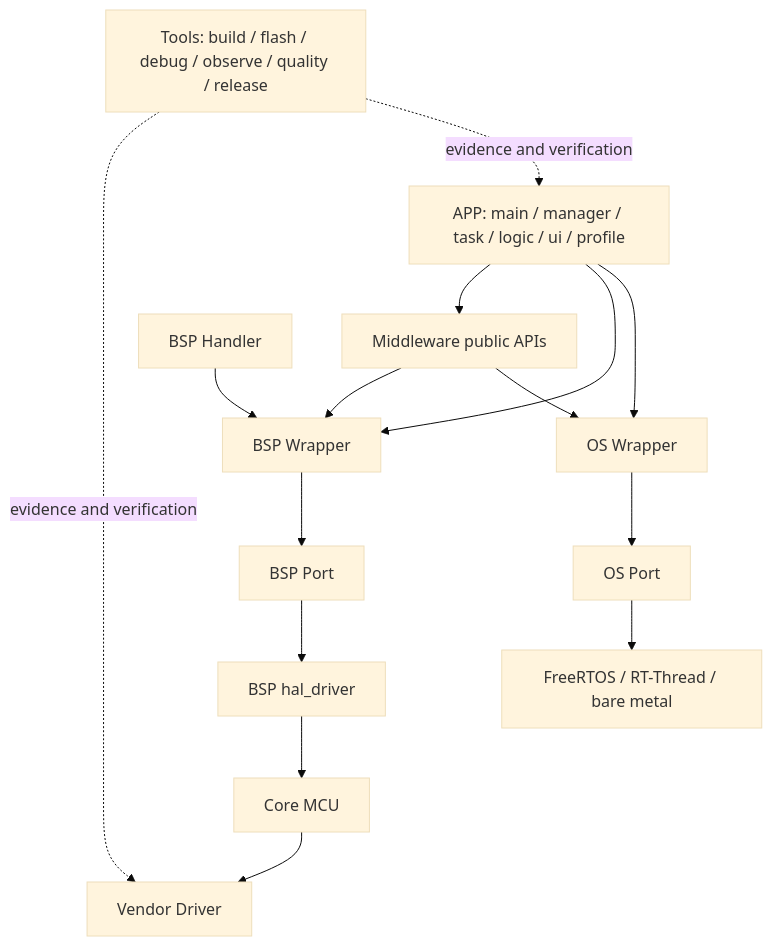
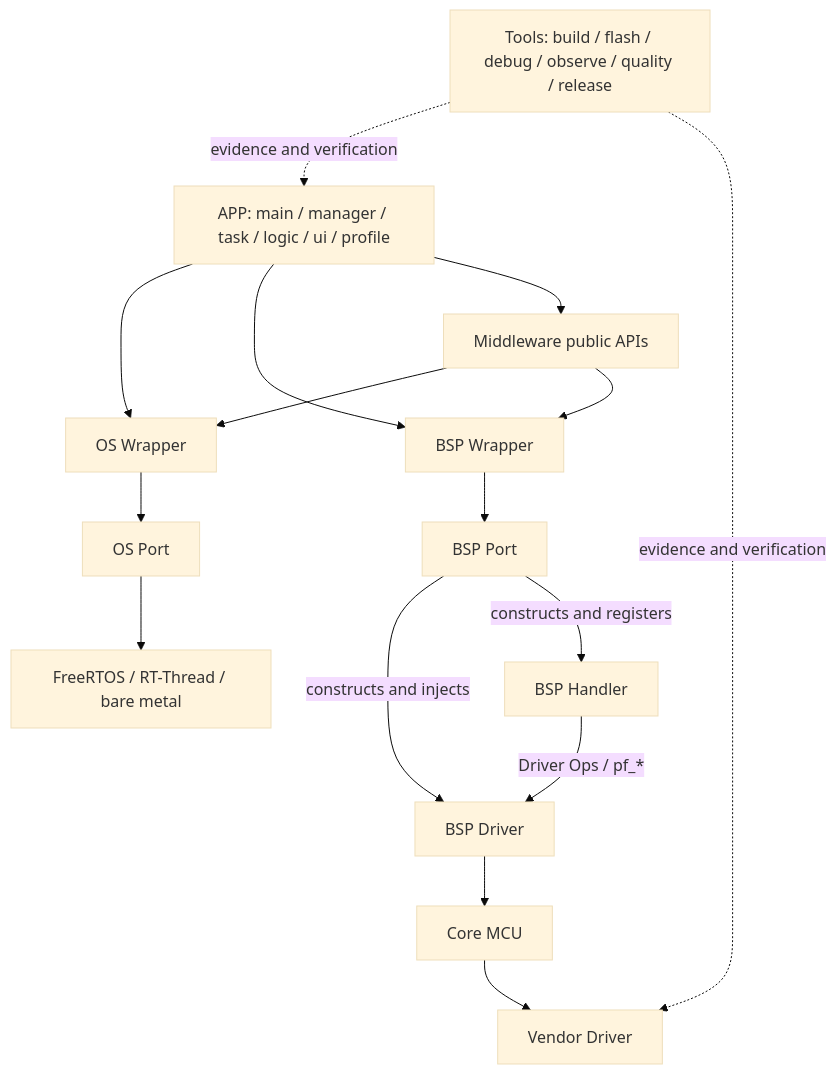
The diagram in skills/workflow/workflow-project-integration/references/software-architecture-knowledge-graph.md (shuai-yemao/mcu-workbench), drawn with Mermaid (base theme) before and after one commit. The commit also changed other lines of this file and 14 other files, not shown here.

````diff
--- a/skills/workflow/workflow-project-integration/references/software-architecture-knowledge-graph.md
+++ b/skills/workflow/workflow-project-integration/references/software-architecture-knowledge-graph.md
@@ -7,29 +7,30 @@
 ```mermaid
 flowchart TD
     APP[APP: main / manager / task / logic / ui / profile]
     OW[OS Wrapper]
     BW[BSP Wrapper]
     MID[Middleware public APIs]
     OP[OS Port]
     BH[BSP Handler]
     BP[BSP Port]
-    HAL[BSP hal_driver]
+    BD[BSP Driver]
     CORE[Core MCU]
     DRIVER[Vendor Driver]
     TOOLS[Tools: build / flash / debug / observe / quality / release]
 
     APP --> OW
     APP --> BW
     APP --> MID
     MID --> OW
     MID --> BW
     OW --> OP
     OP --> RTOS[FreeRTOS / RT-Thread / bare metal]
-    BH --> BW
     BW --> BP
-    BP --> HAL
-    HAL --> CORE
+    BP -->|constructs and injects| BD
+    BP -->|constructs and registers| BH
+    BH -->|Driver Ops / pf_*| BD
+    BD --> CORE
     CORE --> DRIVER
     TOOLS -. evidence and verification .-> APP
     TOOLS -. evidence and verification .-> DRIVER
 ```
````
